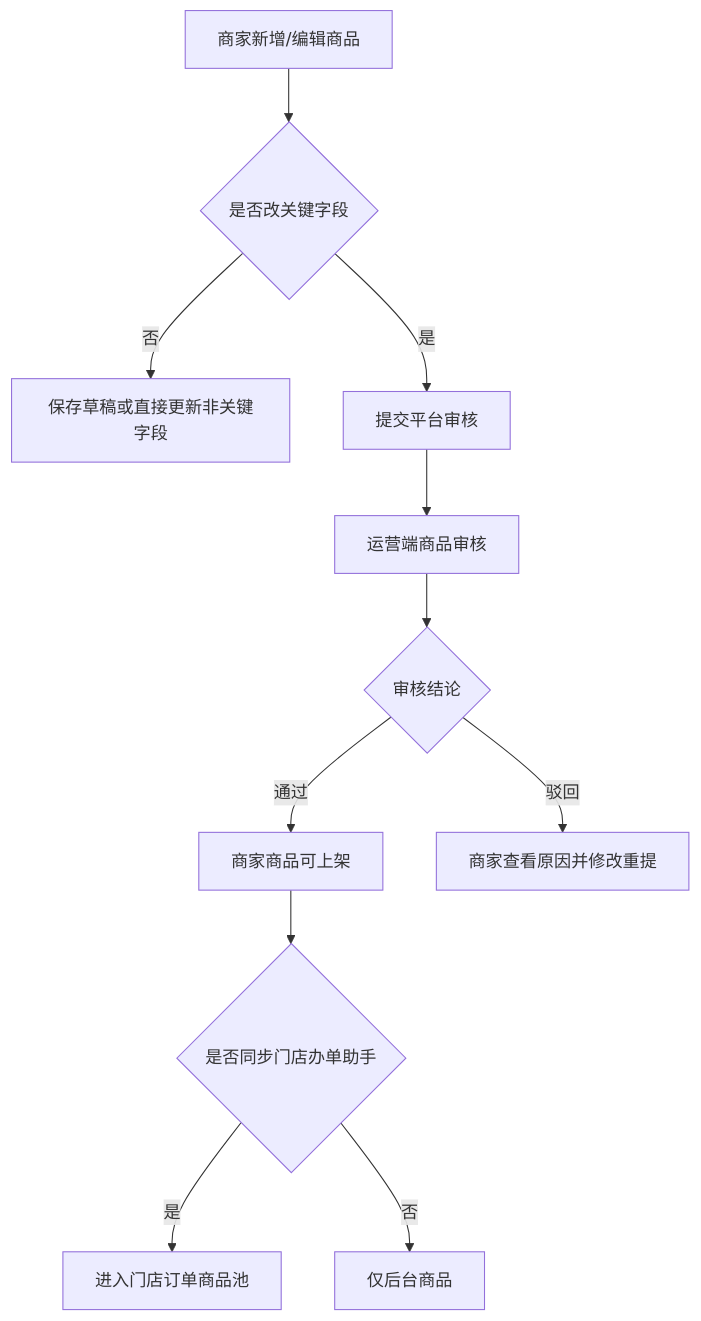
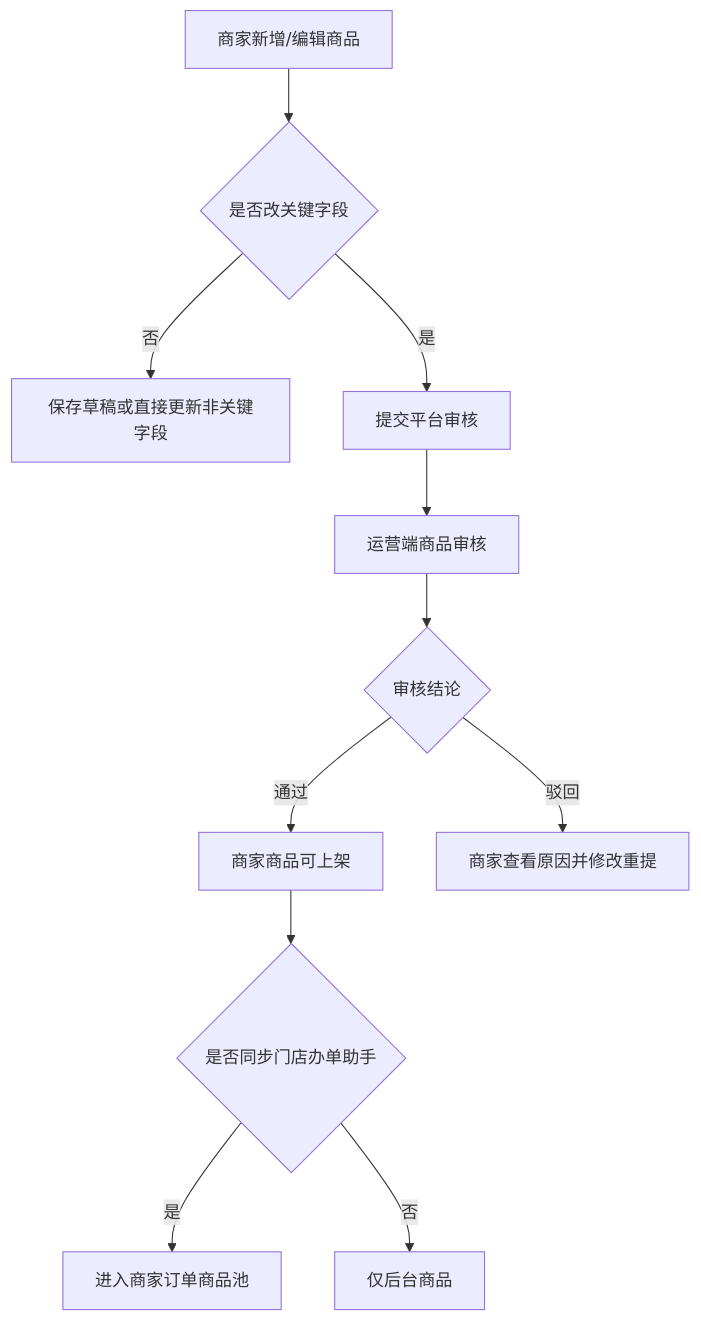
The diagram in PRD/V0.2/modules/商家端/商品管理/01_商家商品与增值服务.md (joezjyan-bot/mandian-prd), drawn with Mermaid before and after one commit. The commit also changed other lines of this file and 8 other files, not shown here.

````diff
--- a/PRD/V0.2/modules/商家端/商品管理/01_商家商品与增值服务.md
+++ b/PRD/V0.2/modules/商家端/商品管理/01_商家商品与增值服务.md
@@ -188,13 +190,13 @@
 ```mermaid
 flowchart TD
     A["商家新增/编辑商品"] --> B{"是否改关键字段"}
     B -->|否| C["保存草稿或直接更新非关键字段"]
     B -->|是| D["提交平台审核"]
     D --> E["运营端商品审核"]
     E --> F{"审核结论"}
     F -->|通过| G["商家商品可上架"]
     F -->|驳回| H["商家查看原因并修改重提"]
     G --> I{"是否同步门店办单助手"}
-    I -->|是| J["进入门店订单商品池"]
+    I -->|是| J["进入商家订单商品池"]
     I -->|否| K["仅后台商品"]
 ```
````
